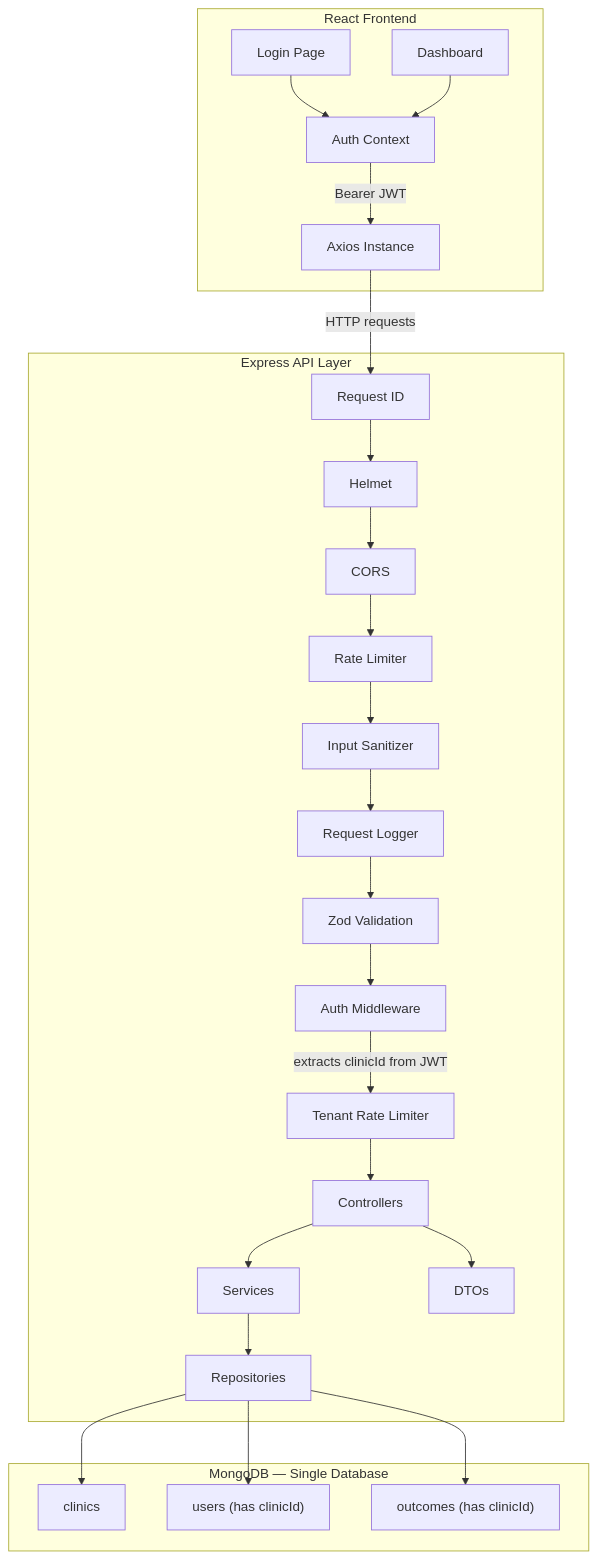
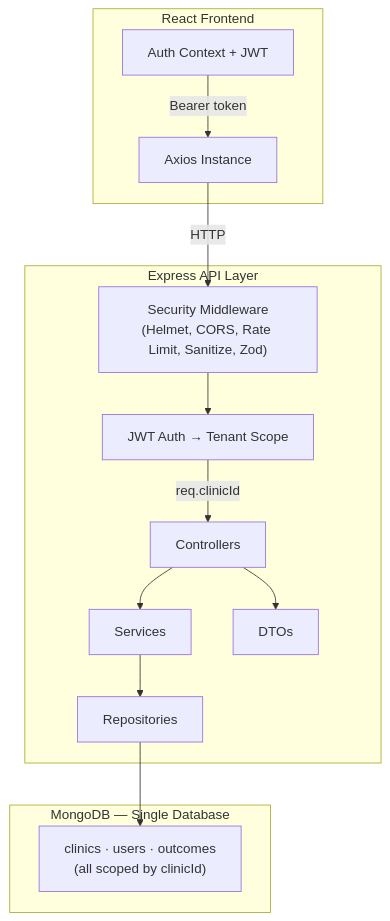
Before and after one commit to talha-hashmi141/we_healthify: the first of 3 diagrams in README.md, drawn with Mermaid. The commit also changed other lines of this file, not shown here.

Commit message:
chore: uopdate readme

````diff
--- a/README.md
+++ b/README.md
@@ -122,44 +122,27 @@
 ```mermaid
 flowchart TB
   subgraph ClientApp["React Frontend"]
-    LoginPage["Login Page"]
-    Dashboard["Dashboard"]
-    AuthCtx["Auth Context"]
+    AuthCtx["Auth Context + JWT"]
     AxiosInst["Axios Instance"]
-    LoginPage --> AuthCtx
-    Dashboard --> AuthCtx
-    AuthCtx -->|"Bearer JWT"| AxiosInst
+    AuthCtx -->|"Bearer token"| AxiosInst
   end
 
   subgraph APILayer["Express API Layer"]
-    ReqId["Request ID"]
-    Helmet["Helmet"]
-    CORS["CORS"]
-    RateLimit["Rate Limiter"]
-    Sanitize["Input Sanitizer"]
-    ReqLog["Request Logger"]
-    ZodValidate["Zod Validation"]
-    AuthMW["Auth Middleware"]
-    TenantLimit["Tenant Rate Limiter"]
+    Security["Security Middleware\n(Helmet, CORS, Rate Limit, Sanitize, Zod)"]
+    AuthMW["JWT Auth → Tenant Scope"]
     Controllers["Controllers"]
     Services["Services"]
     Repos["Repositories"]
     DTOs["DTOs"]
-    ReqId --> Helmet --> CORS --> RateLimit --> Sanitize --> ReqLog --> ZodValidate --> AuthMW
-    AuthMW -->|"extracts clinicId from JWT"| TenantLimit
-    TenantLimit --> Controllers
+    Security --> AuthMW -->|"req.clinicId"| Controllers
     Controllers --> Services --> Repos
     Controllers --> DTOs
   end
 
   subgraph DataLayer["MongoDB — Single Database"]
-    Clinics["clinics"]
-    Users["users (has clinicId)"]
-    Outcomes["outcomes (has clinicId)"]
+    Collections["clinics · users · outcomes\n(all scoped by clinicId)"]
   end
 
-  AxiosInst -->|"HTTP requests"| ReqId
-  Repos --> Clinics
-  Repos --> Users
-  Repos --> Outcomes
+  AxiosInst -->|"HTTP"| Security
+  Repos --> Collections
 ```
````
